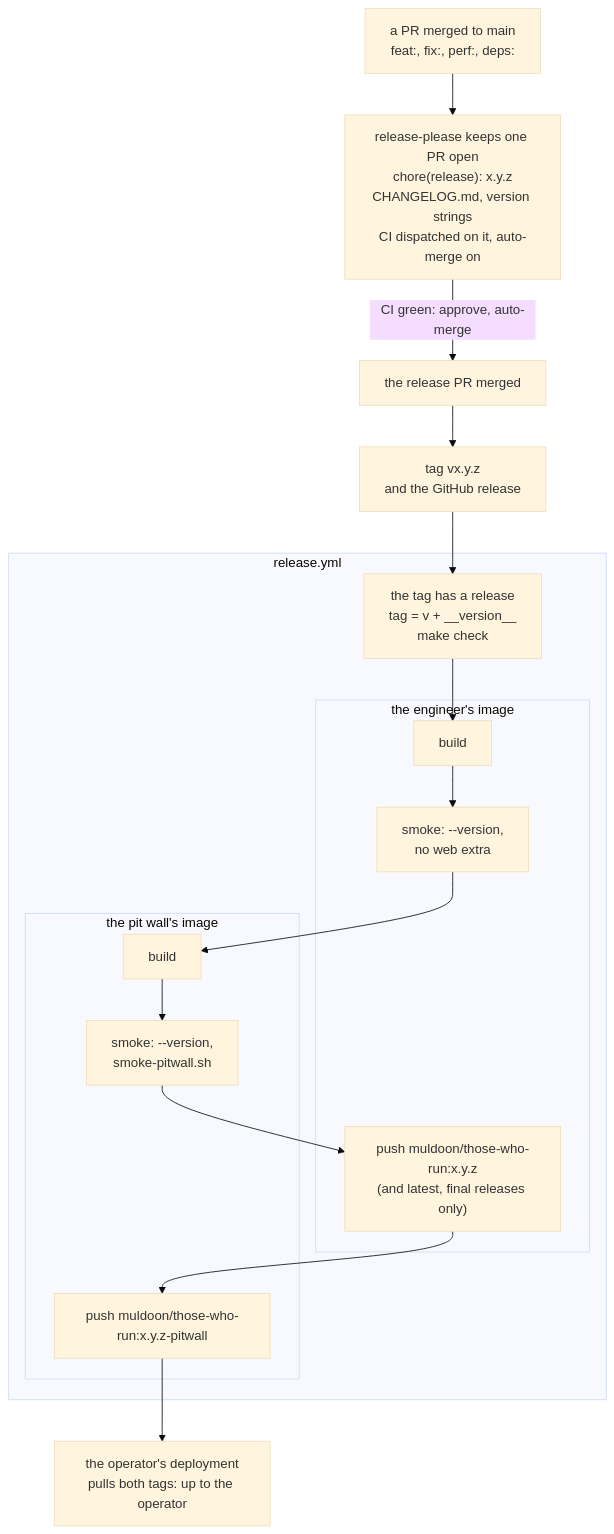
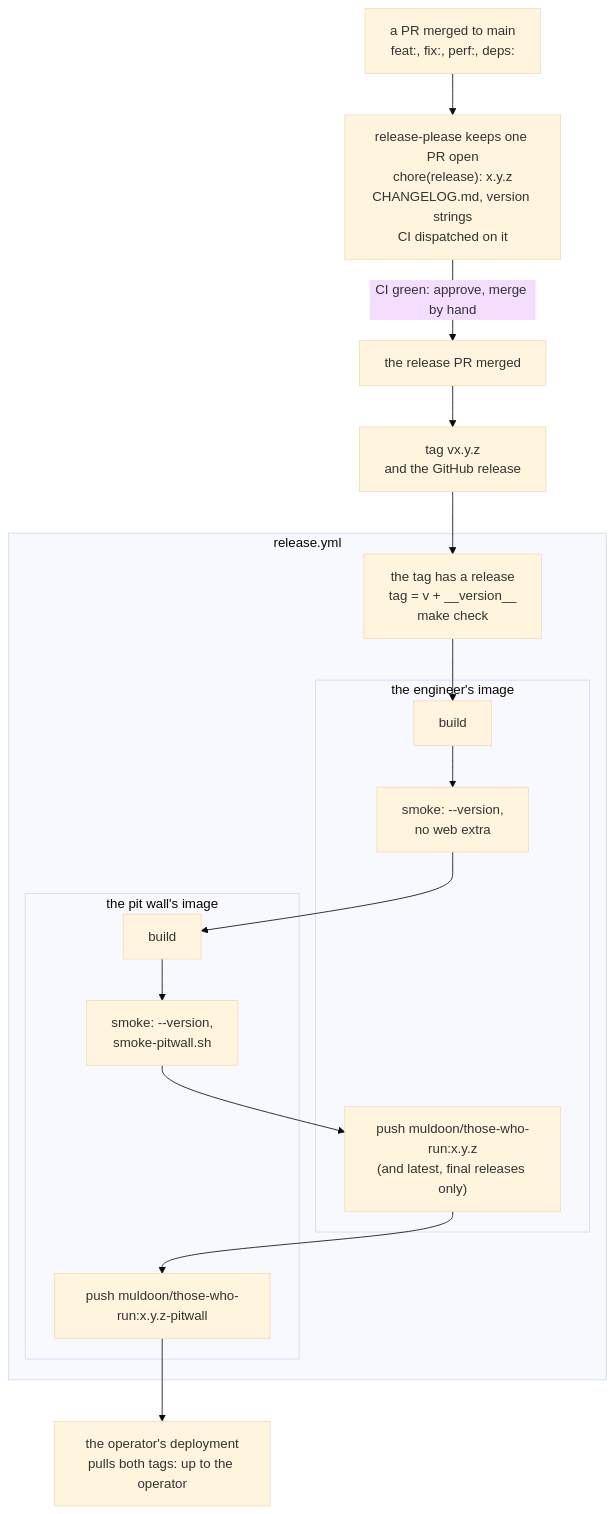
The third of 3 diagrams in docs/architecture.md (those-who-run/those-who-run), drawn with Mermaid (base theme) before and after one commit. The commit also changed other lines of this file and 5 other files, not shown here.

First line of the commit message:
fix(release): the maintainer merges the release PR by hand; a dispatch releases a missed one (#394) (#395)

````diff
--- a/docs/architecture.md
+++ b/docs/architecture.md
@@ -109,26 +109,26 @@
 ```mermaid
 flowchart TD
   pr["a PR merged to main<br/>feat:, fix:, perf:, deps:"]
-  rpr["release-please keeps one PR open<br/>chore(release): x.y.z<br/>CHANGELOG.md, version strings<br/>CI dispatched on it, auto-merge on"]
+  rpr["release-please keeps one PR open<br/>chore(release): x.y.z<br/>CHANGELOG.md, version strings<br/>CI dispatched on it"]
   merge["the release PR merged"]
   tag["tag vx.y.z<br/>and the GitHub release"]
   subgraph rel["release.yml"]
     check["the tag has a release<br/>tag = v + __version__<br/>make check"]
     subgraph eng["the engineer's image"]
       buildE["build"]
       smokeE["smoke: --version,<br/>no web extra"]
       pushE["push muldoon/those-who-run:x.y.z<br/>(and latest, final releases only)"]
     end
     subgraph pw["the pit wall's image"]
       buildP["build"]
       smokeP["smoke: --version,<br/>smoke-pitwall.sh"]
       pushP["push muldoon/those-who-run:x.y.z-pitwall"]
     end
   end
   deploy["the operator's deployment<br/>pulls both tags: up to the operator"]
 
   pr --> rpr
-  rpr -- "CI green: approve, auto-merge" --> merge
+  rpr -- "CI green: approve, merge by hand" --> merge
   merge --> tag --> check
   check --> buildE --> smokeE --> buildP --> smokeP --> pushE --> pushP --> deploy
 ```
````
